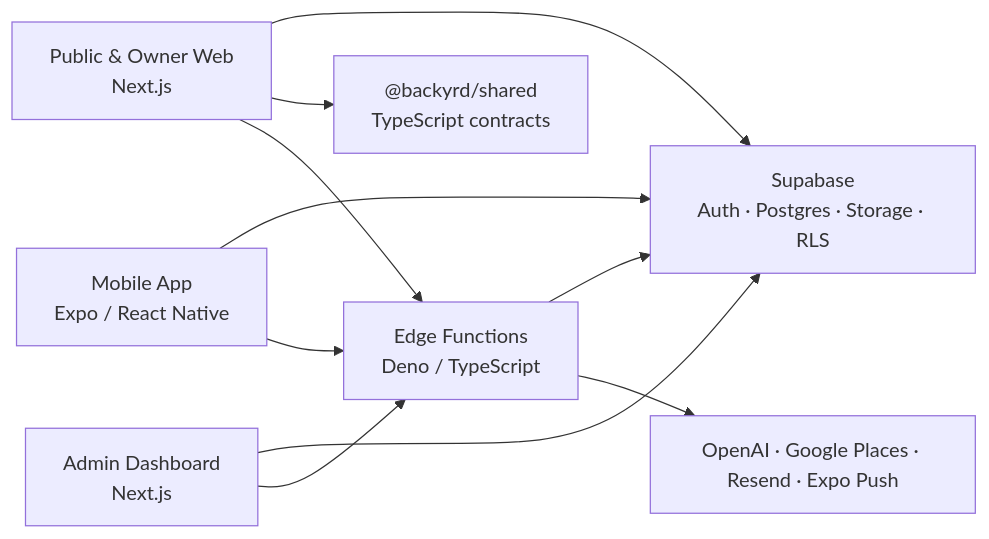
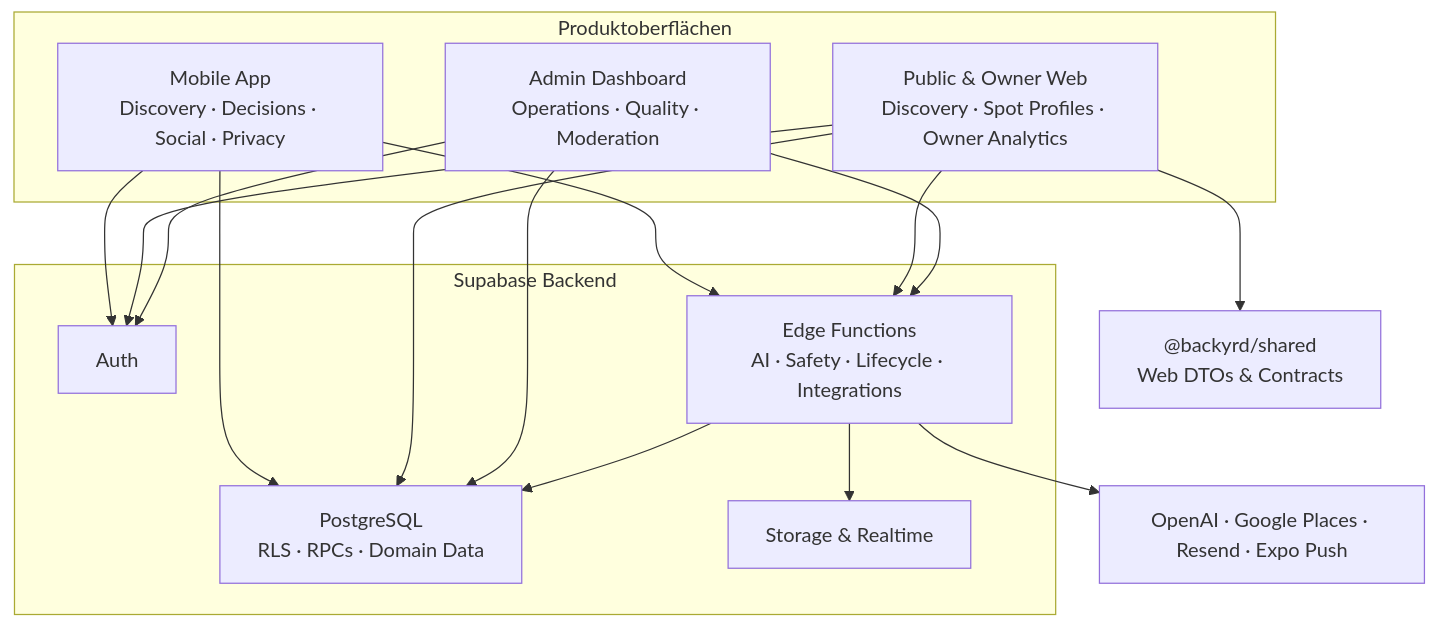
The diagram in README.md (PhiluLan/backyrd), drawn with Mermaid before and after one commit. The commit also changed other lines of this file, not shown here.

````diff
--- a/README.md
+++ b/README.md
@@ -34,20 +39,33 @@
 ```mermaid
-flowchart LR
-    Mobile["Mobile App<br/>Expo / React Native"]
-    Web["Public & Owner Web<br/>Next.js"]
-    Admin["Admin Dashboard<br/>Next.js"]
-    Shared["@backyrd/shared<br/>TypeScript contracts"]
-    Supabase["Supabase<br/>Auth · Postgres · Storage · RLS"]
-    Functions["Edge Functions<br/>Deno / TypeScript"]
+flowchart TB
+    subgraph Clients["Produktoberflächen"]
+        Mobile["Mobile App<br/>Discovery · Decisions · Social · Privacy"]
+        Web["Public & Owner Web<br/>Discovery · Spot Profiles · Owner Analytics"]
+        Admin["Admin Dashboard<br/>Operations · Quality · Moderation"]
+    end
+
+    Shared["@backyrd/shared<br/>Web DTOs & Contracts"]
+
+    subgraph Backend["Supabase Backend"]
+        Auth["Auth"]
+        Database["PostgreSQL<br/>RLS · RPCs · Domain Data"]
+        Storage["Storage & Realtime"]
+        Functions["Edge Functions<br/>AI · Safety · Lifecycle · Integrations"]
+    end
+
     External["OpenAI · Google Places · Resend · Expo Push"]
 
-    Mobile --> Supabase
-    Web --> Supabase
-    Admin --> Supabase
+    Mobile --> Auth
+    Mobile --> Database
+    Mobile --> Functions
     Web --> Shared
-    Mobile --> Functions
+    Web --> Auth
+    Web --> Database
     Web --> Functions
+    Admin --> Auth
+    Admin --> Database
     Admin --> Functions
-    Functions --> Supabase
+    Functions --> Database
+    Functions --> Storage
     Functions --> External
 ```
````
